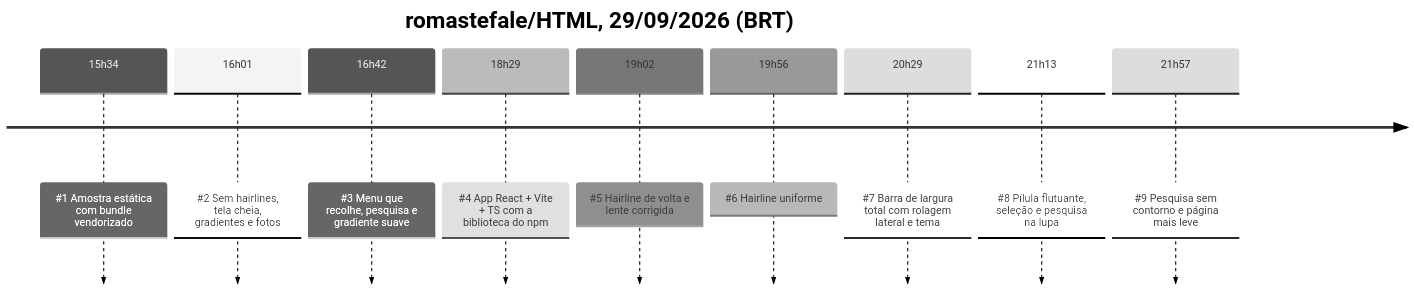
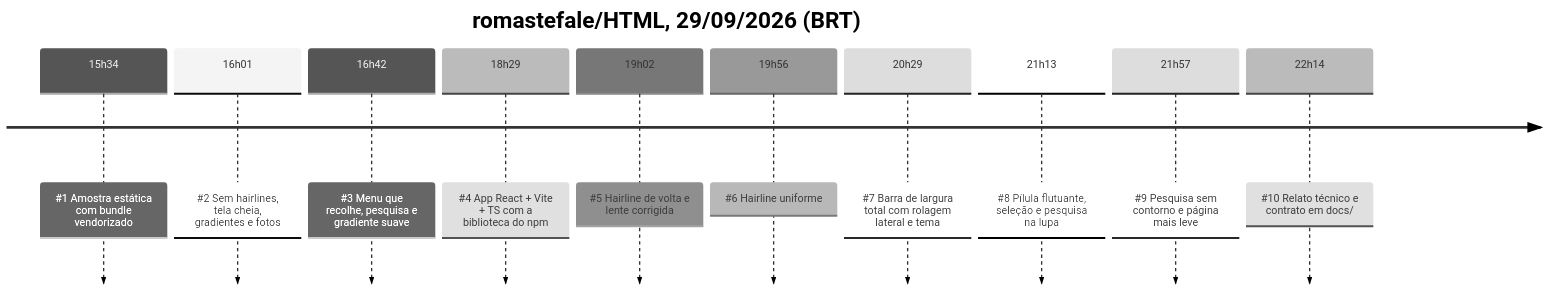
Before and after one commit to romastefale/HTML: the diagram in docs/HISTORICO.md, drawn with Mermaid (neutral theme). The commit also changed other lines of this file and 6 other files, not shown here.

````diff
--- a/docs/HISTORICO.md
+++ b/docs/HISTORICO.md
@@ -5,13 +5,14 @@
 ```mermaid
 timeline
   title romastefale/HTML, 29/09/2026 (BRT)
   15h34 : #1 Amostra estática com bundle vendorizado
   16h01 : #2 Sem hairlines, tela cheia, gradientes e fotos
   16h42 : #3 Menu que recolhe, pesquisa e gradiente suave
   18h29 : #4 App React + Vite + TS com a biblioteca do npm
   19h02 : #5 Hairline de volta e lente corrigida
   19h56 : #6 Hairline uniforme
   20h29 : #7 Barra de largura total com rolagem lateral e tema
   21h13 : #8 Pílula flutuante, seleção e pesquisa na lupa
   21h57 : #9 Pesquisa sem contorno e página mais leve
+  22h14 : #10 Relato técnico e contrato em docs/
 ```
````
